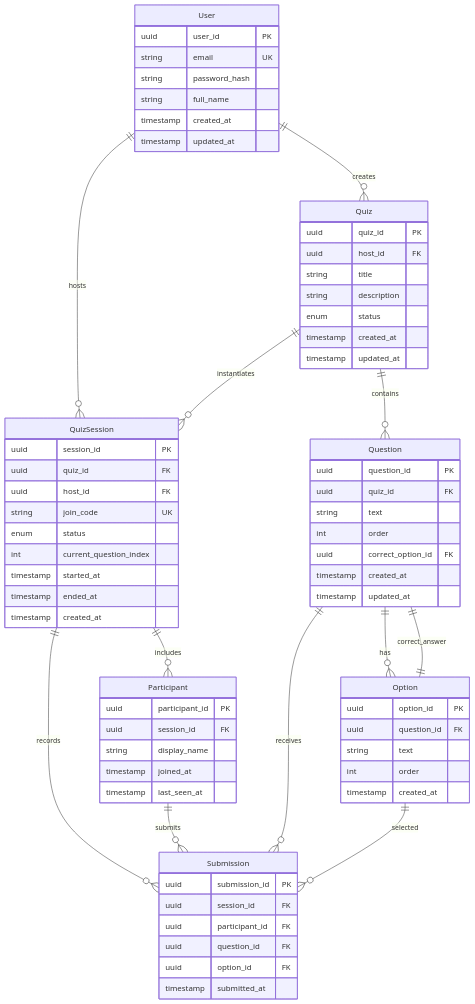
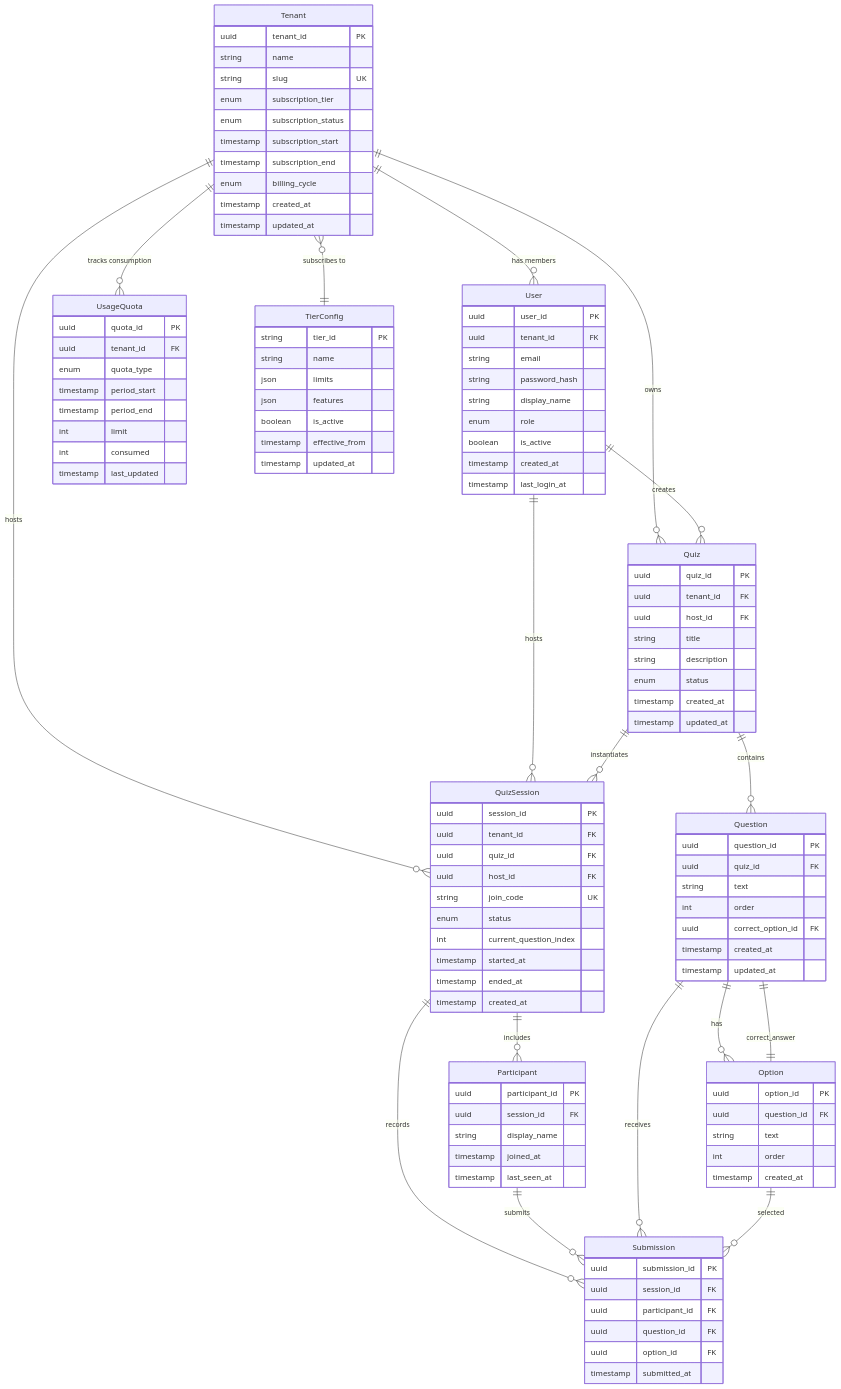
One commit to Chakrix-com/Swaya.me changed the diagram in specs/backend/domain-model.md. Above: the diagram before and after it, drawn with Mermaid. The commit also changed other lines of this file and 15 other files, not shown here.

First line of the commit message:
feat: Implement multi-tenant architecture with tier management and quota enforcement

````diff
--- a/specs/backend/domain-model.md
+++ b/specs/backend/domain-model.md
@@ -188,5 +326,11 @@
 ```mermaid
 erDiagram
+    Tenant ||--o{ User : "has members"
+    Tenant ||--o{ Quiz : "owns"
+    Tenant ||--o{ QuizSession : "hosts"
+    Tenant ||--o{ UsageQuota : "tracks consumption"
+    Tenant }o--|| TierConfig : "subscribes to"
+    
     User ||--o{ Quiz : creates
     User ||--o{ QuizSession : hosts
     Quiz ||--o{ Question : contains
@@ -199,17 +343,55 @@
     Question ||--o{ Submission : receives
     Option ||--o{ Submission : selected
 
-    User {
-        uuid user_id PK
-        string email UK
-        string password_hash
-        string full_name
+    Tenant {
+        uuid tenant_id PK
+        string name
+        string slug UK
+        enum subscription_tier
+        enum subscription_status
+        timestamp subscription_start
+        timestamp subscription_end
+        enum billing_cycle
         timestamp created_at
         timestamp updated_at
     }
 
+    TierConfig {
+        string tier_id PK
+        string name
+        json limits
+        json features
+        boolean is_active
+        timestamp effective_from
+        timestamp updated_at
+    }
+
+    UsageQuota {
+        uuid quota_id PK
+        uuid tenant_id FK
+        enum quota_type
+        timestamp period_start
+        timestamp period_end
+        int limit
+        int consumed
+        timestamp last_updated
+    }
+
+    User {
+        uuid user_id PK
+        uuid tenant_id FK
+        string email
+        string password_hash
+        string display_name
+        enum role
+        boolean is_active
+        timestamp created_at
+        timestamp last_login_at
+    }
+
     Quiz {
         uuid quiz_id PK
+        uuid tenant_id FK
         uuid host_id FK
         string title
         string description
@@ -238,6 +420,7 @@
 
     QuizSession {
         uuid session_id PK
+        uuid tenant_id FK
         uuid quiz_id FK
         uuid host_id FK
         string join_code UK
````
